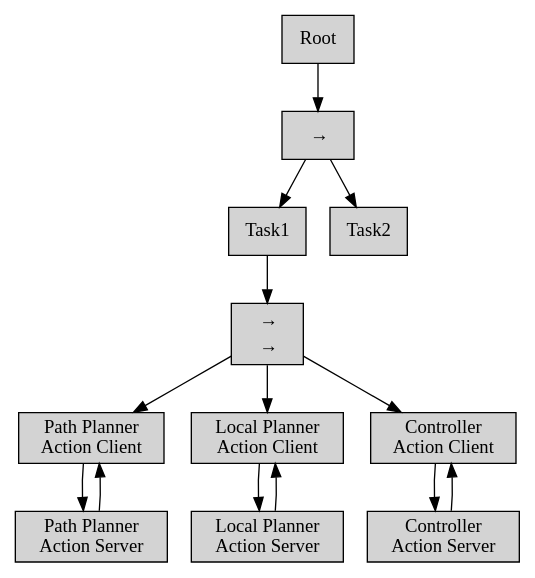
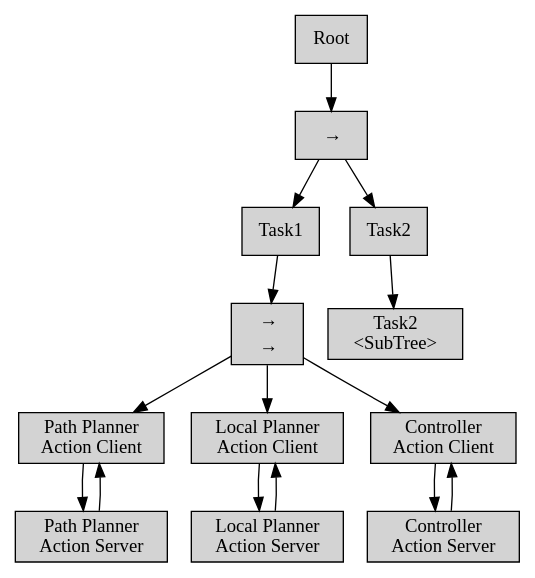
One commit to AlaaAlassi/graphviz changed the diagram in mission_controller.dot. Above: the diagram before and after it, drawn with Graphviz.

Commit message:
add a tree subtask

```diff
--- a/mission_controller.dot
+++ b/mission_controller.dot
@@ -1,48 +1,50 @@
 digraph BehavioralTree {
     // Define the nodes (leafs and control nodes)
 
     // Circular leaf nodes
     node [shape=box, style=filled, fillcolor=lightgray];
 
     // Define the "sequenceShape" with a larger arrow label
     sequenceShape [label=<<TABLE BORDER="0" CELLBORDER="0" CELLSPACING="0">
       <TR><TD PORT="arrow">→</TD></TR>
     </TABLE>>, shape=box];
 
     // Define the "parallelShape" with two parallel arrows
     parallelShape [label=<<TABLE BORDER="0" CELLBORDER="0" CELLSPACING="0">
       <TR><TD PORT="arrow1">→</TD></TR>
       <TR><TD PORT="arrow2">→</TD></TR>
     </TABLE>>, shape=box];
 
     // Leaf nodes
     PP_Client [label="Path Planner\nAction Client"];
     LP_client [label="Local Planner\nAction Client"];
     Contr_client [label="Controller\nAction Client"]; // You can specify the actual action here
 
     // Control nodes
     Root [label="Root", shape=box];
     Task1 [label="Task1", shape=box];
     Task2 [label="Task2", shape=box];
+    Task2_SubTree [label="Task2 \n<SubTree>", shape=box];
 
     Root->sequenceShape
     sequenceShape->Task1;
     sequenceShape->Task2;
+    Task2 -> Task2_SubTree;
     // Add any other control nodes if necessary
 
 
     // Define the edges between nodes
     Task1 -> parallelShape -> PP_Client;
     parallelShape-> LP_client;
     parallelShape->Contr_client;
 
     // server nodes
     PP_server [label="Path Planner\nAction Server"];
     LP_server [label="Local Planner\nAction Server"];
     Contr_server [label="Controller\nAction Server"]; // You can specify the actual action here
 
     // Define the edges between nodes
     PP_Client -> PP_server;PP_server ->PP_Client;
     LP_client -> LP_server;LP_server ->LP_client;
     Contr_client -> Contr_server;Contr_server ->Contr_client;
 }
```
